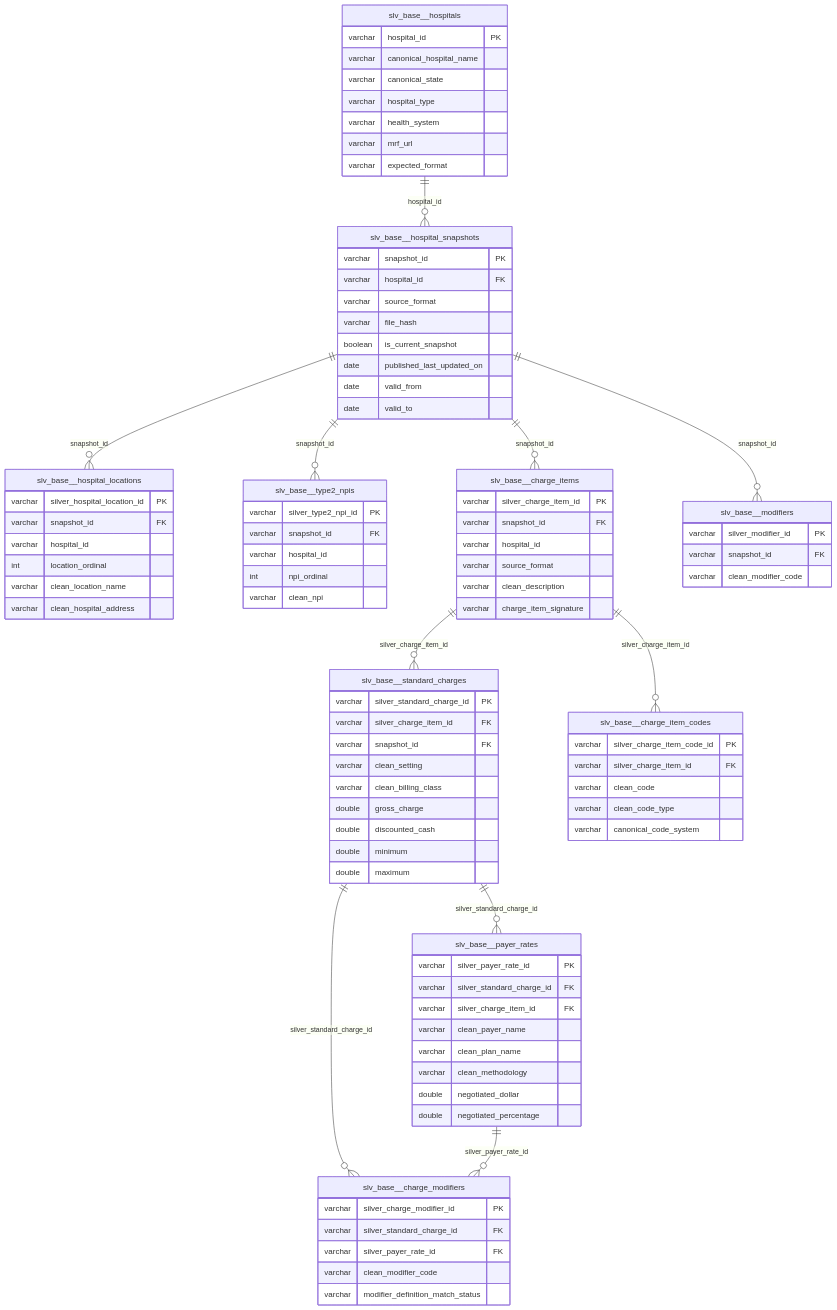
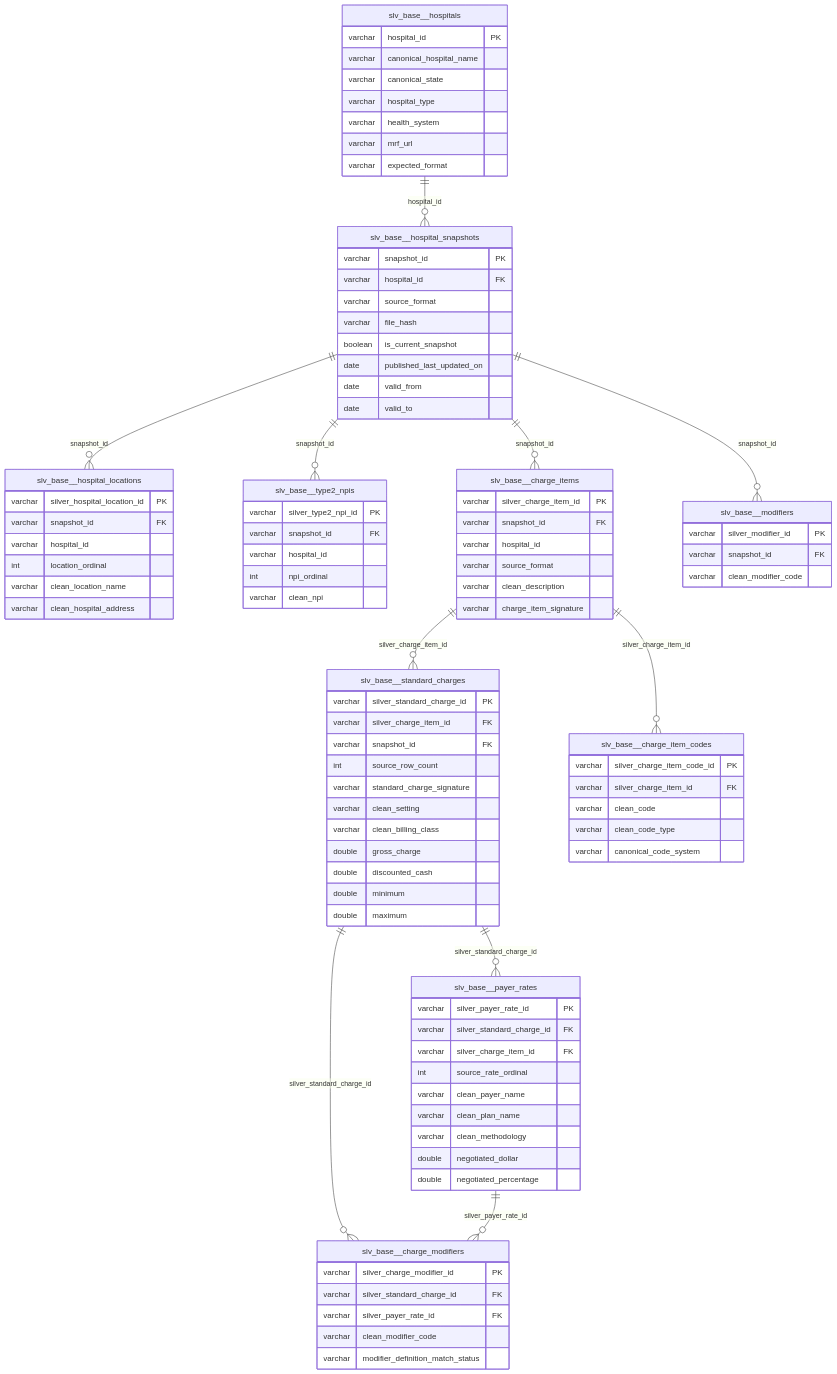
The third of 3 diagrams in docs/architecture/silver-schema.md (jakegussler/hospital-price-transparency-analytics), drawn with Mermaid before and after one commit. The commit also changed other lines of this file and 9 other files, not shown here.

First line of the commit message:
Fix grain for standard charges for records coming from CSV tall source.

```diff
--- a/docs/architecture/silver-schema.md
+++ b/docs/architecture/silver-schema.md
@@ -478,6 +485,8 @@
         varchar silver_standard_charge_id PK
         varchar silver_charge_item_id FK
         varchar snapshot_id FK
+        int source_row_count
+        varchar standard_charge_signature
         varchar clean_setting
         varchar clean_billing_class
         double gross_charge
@@ -504,6 +513,7 @@
         varchar silver_payer_rate_id PK
         varchar silver_standard_charge_id FK
         varchar silver_charge_item_id FK
+        int source_rate_ordinal
         varchar clean_payer_name
         varchar clean_plan_name
         varchar clean_methodology
```
